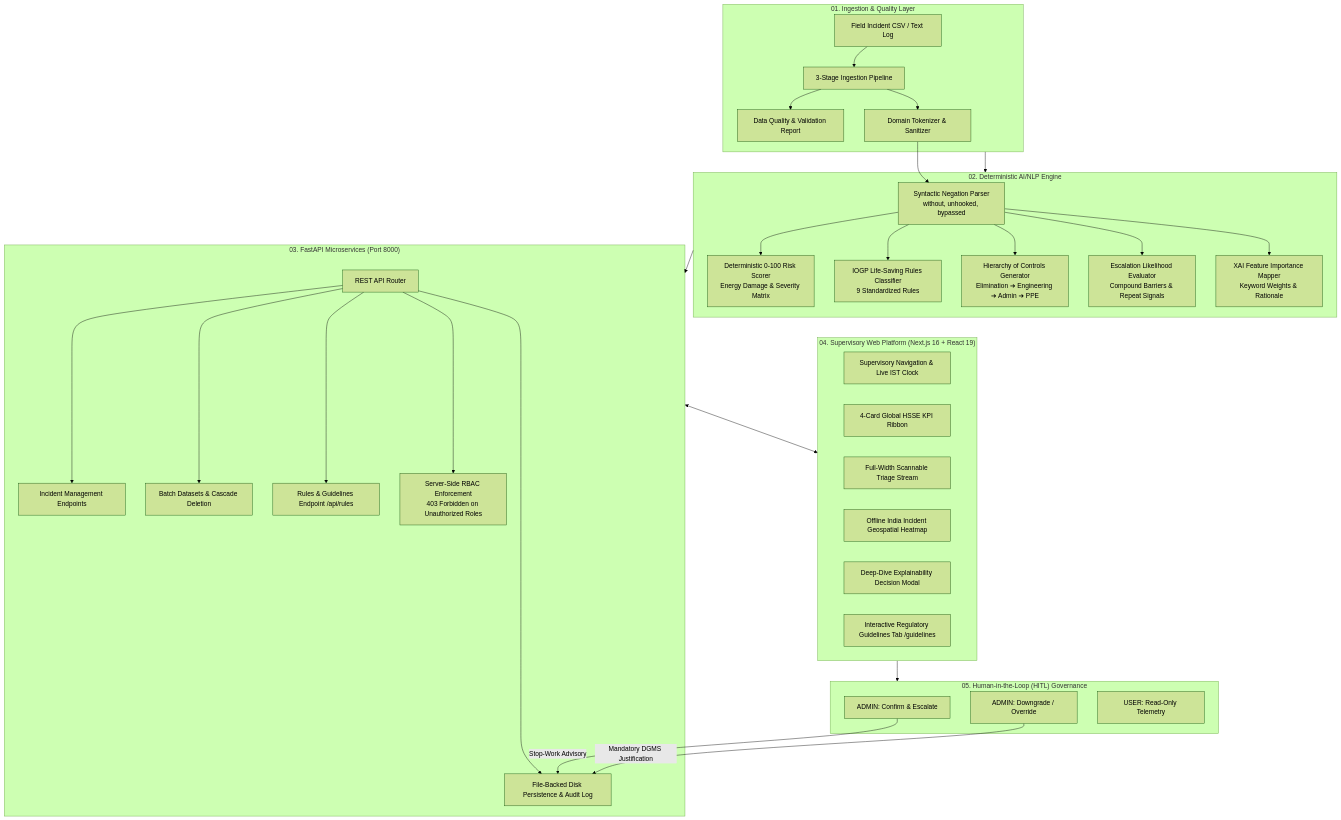
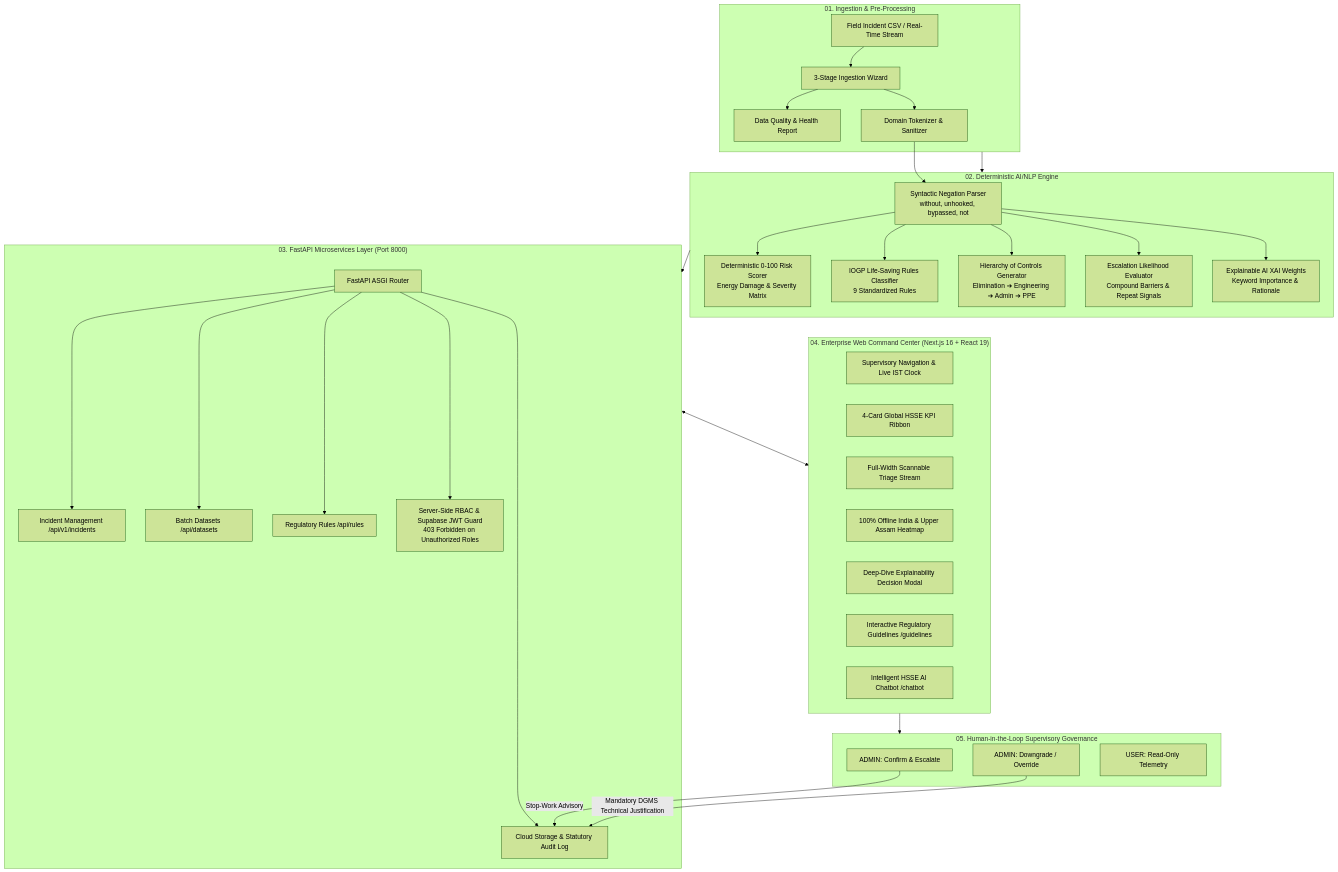
One commit to Ansh-raj08/OIL-HSSE changed the diagram in README.md. Above: the diagram before and after it, drawn with Mermaid (forest theme). The commit also changed other lines of this file, not shown here.

````diff
--- a/README.md
+++ b/README.md
@@ -121,45 +75,46 @@
 ```mermaid
 flowchart TB
-    subgraph INGESTION ["01. Ingestion & Quality Layer"]
-        A[Field Incident CSV / Text Log] --> B[3-Stage Ingestion Pipeline]
-        B --> C[Data Quality & Validation Report]
+    subgraph INGESTION ["01. Ingestion & Pre-Processing"]
+        A[Field Incident CSV / Real-Time Stream] --> B[3-Stage Ingestion Wizard]
+        B --> C[Data Quality & Health Report]
         B --> D[Domain Tokenizer & Sanitizer]
     end
 
     subgraph ENGINE ["02. Deterministic AI/NLP Engine"]
-        D --> E[Syntactic Negation Parser\nwithout, unhooked, bypassed]
+        D --> E[Syntactic Negation Parser\nwithout, unhooked, bypassed, not]
         E --> F[Deterministic 0-100 Risk Scorer\nEnergy Damage & Severity Matrix]
         E --> G[IOGP Life-Saving Rules Classifier\n9 Standardized Rules]
         E --> H[Hierarchy of Controls Generator\nElimination ➔ Engineering ➔ Admin ➔ PPE]
         E --> I[Escalation Likelihood Evaluator\nCompound Barriers & Repeat Signals]
-        E --> J[XAI Feature Importance Mapper\nKeyword Weights & Rationale]
+        E --> J[Explainable AI XAI Weights\nKeyword Importance & Rationale]
     end
 
-    subgraph BACKEND ["03. FastAPI Microservices (Port 8000)"]
-        K[REST API Router] --> L[Incident Management Endpoints]
-        K --> M[Batch Datasets & Cascade Deletion]
-        K --> N[Rules & Guidelines Endpoint /api/rules]
-        K --> O[Server-Side RBAC Enforcement\n403 Forbidden on Unauthorized Roles]
-        K --> P[File-Backed Disk Persistence & Audit Log]
+    subgraph BACKEND ["03. FastAPI Microservices Layer (Port 8000)"]
+        K[FastAPI ASGI Router] --> L[Incident Management /api/v1/incidents]
+        K --> M[Batch Datasets /api/datasets]
+        K --> N[Regulatory Rules /api/rules]
+        K --> O[Server-Side RBAC & Supabase JWT Guard\n403 Forbidden on Unauthorized Roles]
+        K --> P[Cloud Storage & Statutory Audit Log]
     end
 
-    subgraph FRONTEND ["04. Supervisory Web Platform (Next.js 16 + React 19)"]
+    subgraph FRONTEND ["04. Enterprise Web Command Center (Next.js 16 + React 19)"]
         Q[Supervisory Navigation & Live IST Clock]
         R[4-Card Global HSSE KPI Ribbon]
         S[Full-Width Scannable Triage Stream]
-        T[Offline India Incident Geospatial Heatmap]
+        T[100% Offline India & Upper Assam Heatmap]
         U[Deep-Dive Explainability Decision Modal]
-        V[Interactive Regulatory Guidelines Tab /guidelines]
+        V[Interactive Regulatory Guidelines /guidelines]
+        W[Intelligent HSSE AI Chatbot /chatbot]
     end
 
-    subgraph GOVERNANCE ["05. Human-in-the-Loop (HITL) Governance"]
-        W[ADMIN: Confirm & Escalate] -->|Stop-Work Advisory| P
-        X[ADMIN: Downgrade / Override] -->|Mandatory DGMS Justification| P
-        Y[USER: Read-Only Telemetry]
+    subgraph GOVERNANCE ["05. Human-in-the-Loop Supervisory Governance"]
+        X[ADMIN: Confirm & Escalate] -->|Stop-Work Advisory| P
+        Y[ADMIN: Downgrade / Override] -->|Mandatory DGMS Technical Justification| P
+        Z[USER: Read-Only Telemetry]
     end
 
     INGESTION --> ENGINE
     ENGINE --> BACKEND
     BACKEND <--> FRONTEND
     FRONTEND --> GOVERNANCE
 ```
````
